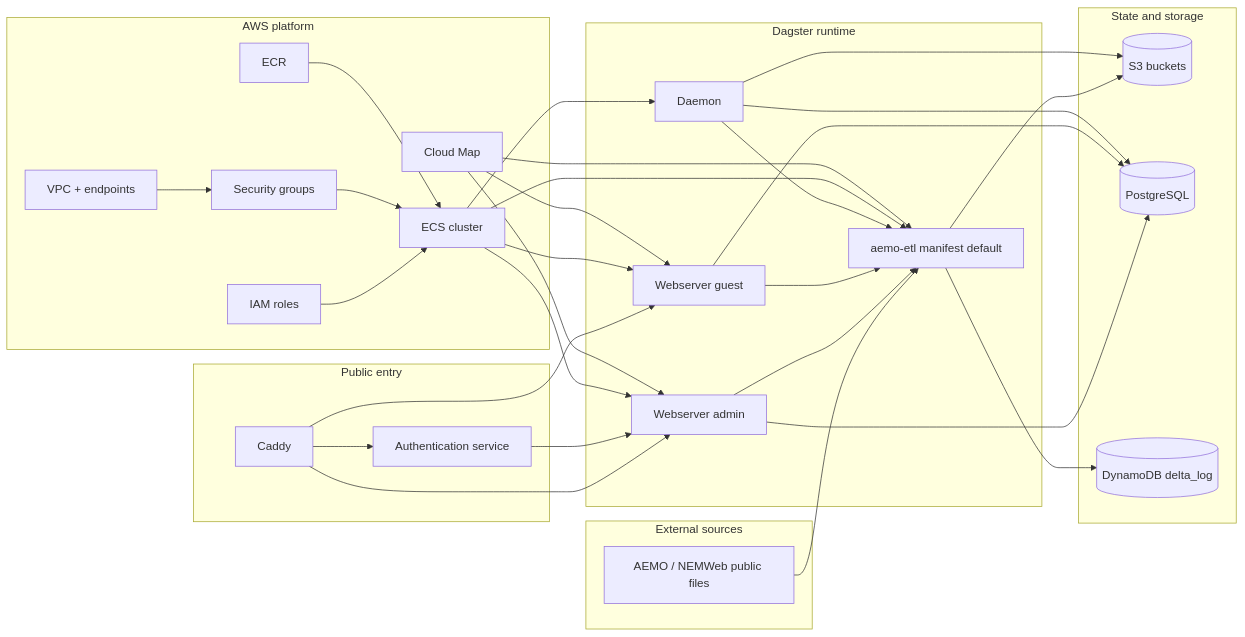
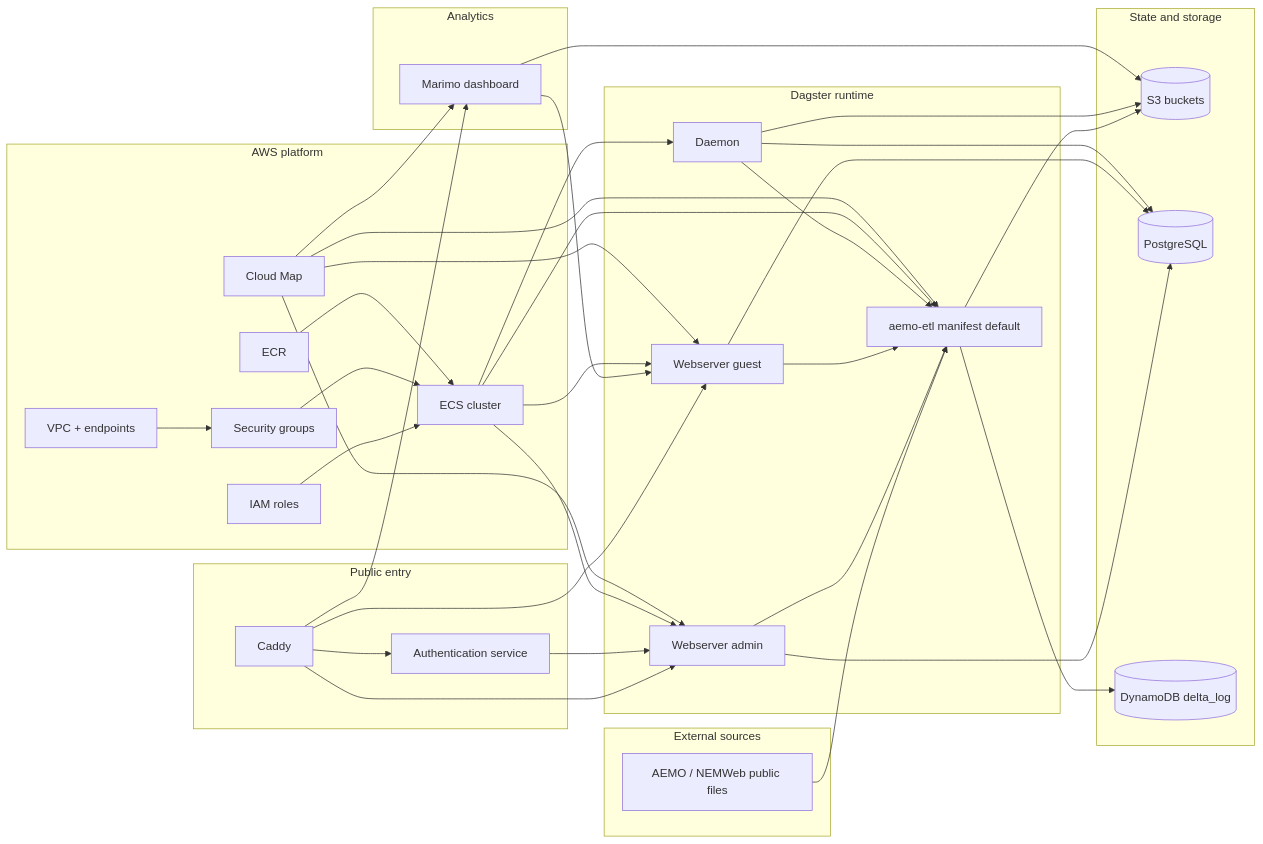
The first of 2 diagrams in docs/repository/architecture.md (Chr1sC0de/energy-market-delta-lake), drawn with Mermaid before and after one commit. The commit also changed other lines of this file and 44 other files, not shown here.

Commit message:
Deploy Marimo dashboard on AWS

````diff
--- a/docs/repository/architecture.md
+++ b/docs/repository/architecture.md
@@ -22,59 +22,67 @@
 ```mermaid
 flowchart LR
   subgraph Sources[External sources]
     SRC[AEMO / NEMWeb public files]
   end
 
   subgraph Public[Public entry]
     C[Caddy]
     AUTH[Authentication service]
   end
 
   subgraph Dagster[Dagster runtime]
     ADMIN[Webserver admin]
     GUEST[Webserver guest]
     DAEMON[Daemon]
     USERCODE[aemo-etl manifest default]
+  end
+
+  subgraph Analytics[Analytics]
+    MARIMO[Marimo dashboard]
   end
 
   subgraph Data[State and storage]
     S3[(S3 buckets)]
     PG[(PostgreSQL)]
     DDB[(DynamoDB delta_log)]
   end
 
   subgraph AWS[AWS platform]
     VPC[VPC + endpoints]
     ECS[ECS cluster]
     CM[Cloud Map]
     ECR[ECR]
     IAM[IAM roles]
     SG[Security groups]
   end
 
   SRC --> USERCODE
   C --> AUTH
   C --> ADMIN
   C --> GUEST
+  C --> MARIMO
   AUTH --> ADMIN
   ADMIN --> USERCODE
   GUEST --> USERCODE
+  MARIMO --> GUEST
   DAEMON --> USERCODE
   USERCODE --> S3
   DAEMON --> S3
+  MARIMO --> S3
   USERCODE --> DDB
   ADMIN --> PG
   GUEST --> PG
   DAEMON --> PG
   VPC --> SG
   IAM --> ECS
   SG --> ECS
   ECR --> ECS
   ECS --> ADMIN
   ECS --> GUEST
   ECS --> DAEMON
   ECS --> USERCODE
   CM --> ADMIN
   CM --> GUEST
+  CM --> MARIMO
   CM --> USERCODE
 ```
````
